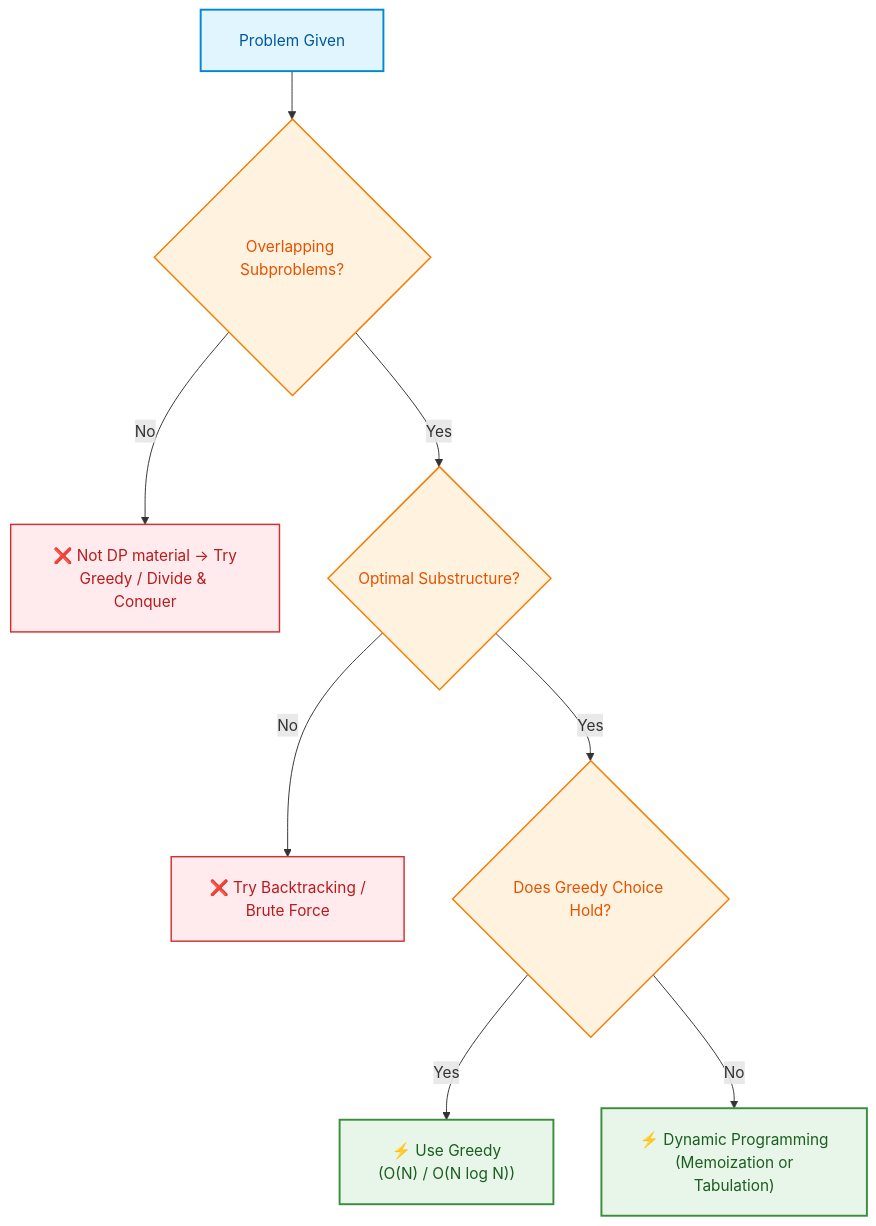
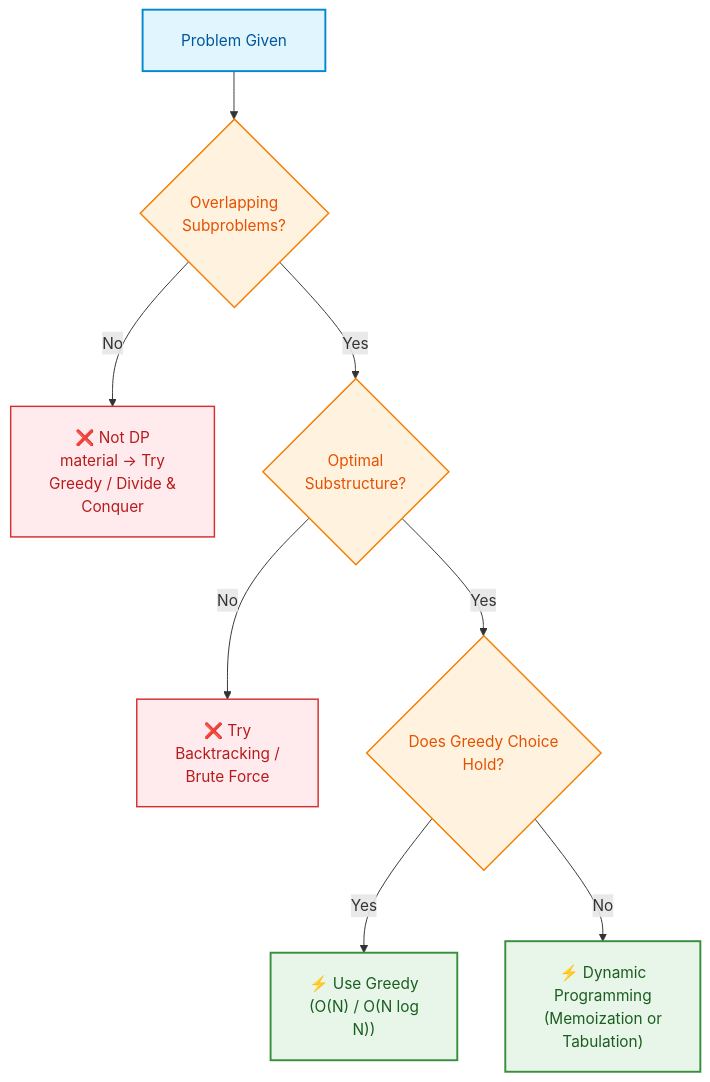
Before and after one commit to dip4k/DSA_102: the first of 6 diagrams in week_10_dynamic_programming_i_fundamentals/Week_10_Visual_Concepts_Playbook_HYBRID.md, drawn with Mermaid. The commit also changed other lines of this file and 106 other files, not shown here.

First line of the commit message:
fix(mermaid): prevent text clipping with foreignObject overflow and tighter line wrapping

````diff
--- a/week_10_dynamic_programming_i_fundamentals/Week_10_Visual_Concepts_Playbook_HYBRID.md
+++ b/week_10_dynamic_programming_i_fundamentals/Week_10_Visual_Concepts_Playbook_HYBRID.md
@@ -58,17 +58,17 @@
 ```mermaid
-%%{init: {"flowchart": {"htmlLabels": true, "padding": 20}}}%%
+%%{init: {"flowchart": {"htmlLabels": true, "padding": 20}, "themeCSS": "foreignObject { overflow: visible !important; }"}}%%
 flowchart TD
     classDef start fill:#e1f5fe,stroke:#0288d1,color:#01579b,stroke-width:2px;
     classDef test fill:#fff3e0,stroke:#f57c00,color:#e65100,stroke-width:1.5px;
     classDef result fill:#e8f5e9,stroke:#388e3c,color:#1b5e20,stroke-width:2px;
     classDef no fill:#ffebee,stroke:#d32f2f,color:#b71c1c,stroke-width:1.5px;
 
     R["Problem Given"]:::start
-    R --> T1{"Overlapping Subproblems?"}:::test
-    T1 -->|No| N1["❌ Not DP material → Try<br/>Greedy / Divide & Conquer"]:::no
-    T1 -->|Yes| T2{"Optimal Substructure?"}:::test
-    T2 -->|No| N2["❌ Try Backtracking /<br/>Brute Force"]:::no
-    T2 -->|Yes| T3{"Does Greedy Choice Hold?"}:::test
-    T3 -->|Yes| N3["⚡ Use Greedy<br/>(O(N) / O(N log N))"]:::result
-    T3 -->|No| DP["⚡ Dynamic Programming<br/>(Memoization or<br/>Tabulation)"]:::result
+    R --> T1{"Overlapping<br/>Subproblems?"}:::test
+    T1 -->|No| N1["❌ Not DP<br/>material → Try<br/>Greedy / Divide &<br/>Conquer"]:::no
+    T1 -->|Yes| T2{"Optimal<br/>Substructure?"}:::test
+    T2 -->|No| N2["❌ Try<br/>Backtracking /<br/>Brute Force"]:::no
+    T2 -->|Yes| T3{"Does Greedy Choice<br/>Hold?"}:::test
+    T3 -->|Yes| N3["⚡ Use Greedy<br/>(O(N) / O(N log<br/>N))"]:::result
+    T3 -->|No| DP["⚡ Dynamic<br/>Programming<br/>(Memoization or<br/>Tabulation)"]:::result
 ```
````
